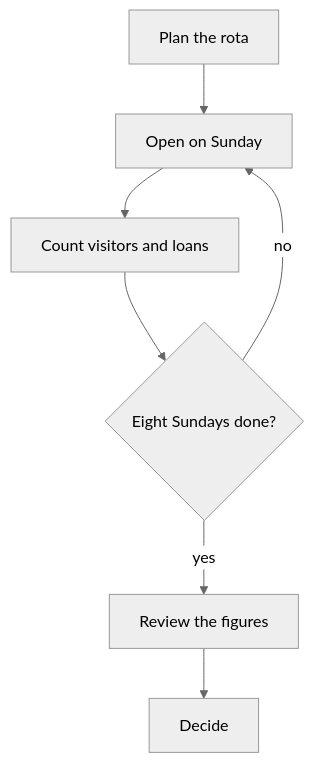
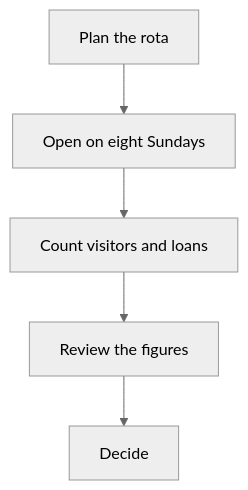
The diagram in modules/tpl-report-briefing.md (benthepsychologist/booklet-registry), drawn with Mermaid (neutral theme) before and after one commit. The commit also changed 1 other file, not shown here.

Commit message:
Templates: study-guide and report diagrams fit a phone-width column

````diff
--- a/modules/tpl-report-briefing.md
+++ b/modules/tpl-report-briefing.md
@@ -91,9 +91,7 @@
 ```mermaid
 flowchart TD
-  A[Plan the rota] --> B[Open on Sunday]
+  A[Plan the rota] --> B[Open on eight Sundays]
   B --> C[Count visitors and loans]
-  C --> D{Eight Sundays done?}
-  D -- no --> B
-  D -- yes --> E[Review the figures]
-  E --> F[Decide]
+  C --> D[Review the figures]
+  D --> E[Decide]
 ```
````
